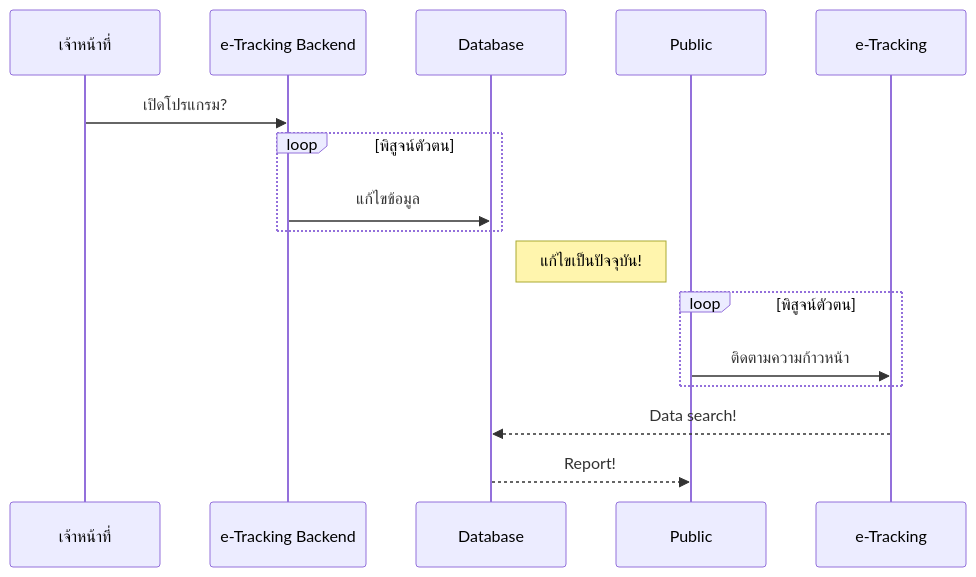
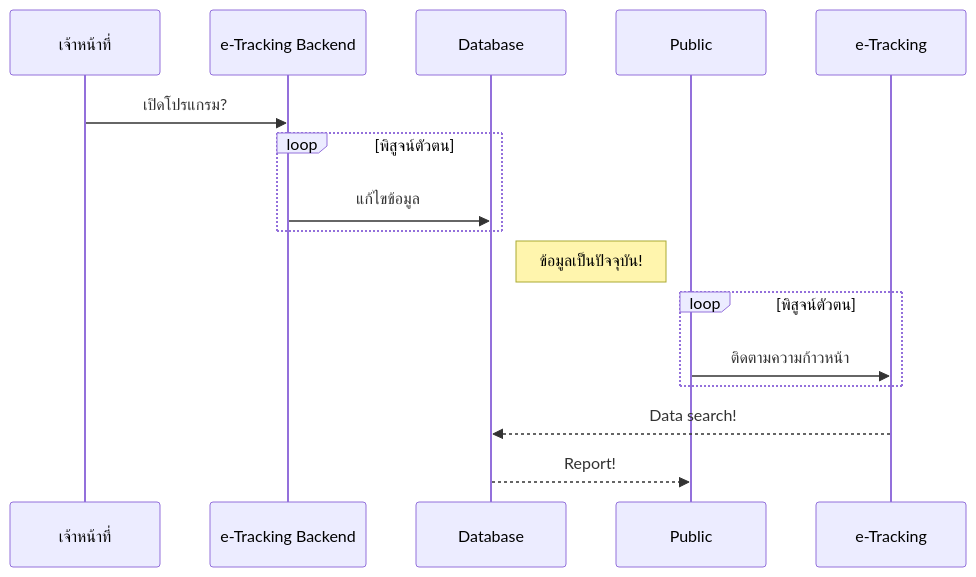
Before and after one commit to Kietpawpan/e-tracking: the second of 2 diagrams in README.md, drawn with Mermaid.

````diff
--- a/README.md
+++ b/README.md
@@ -28,13 +28,13 @@
 ```mermaid
 sequenceDiagram
 เจ้าหน้าที่->>e-Tracking Backend: เปิดโปรแกรม?
 loop พิสูจน์ตัวตน
     e-Tracking Backend->>Database: แก้ไขข้อมูล
 end
-Note right of Database: แก้ไขเป็นปัจจุบัน!
+Note right of Database: ข้อมูลเป็นปัจจุบัน!
 loop พิสูจน์ตัวตน
 Public->>e-Tracking: ติดตามความก้าวหน้า
 end
 e-Tracking-->>Database: Data search!
 Database-->>Public: Report!
 ```
````
